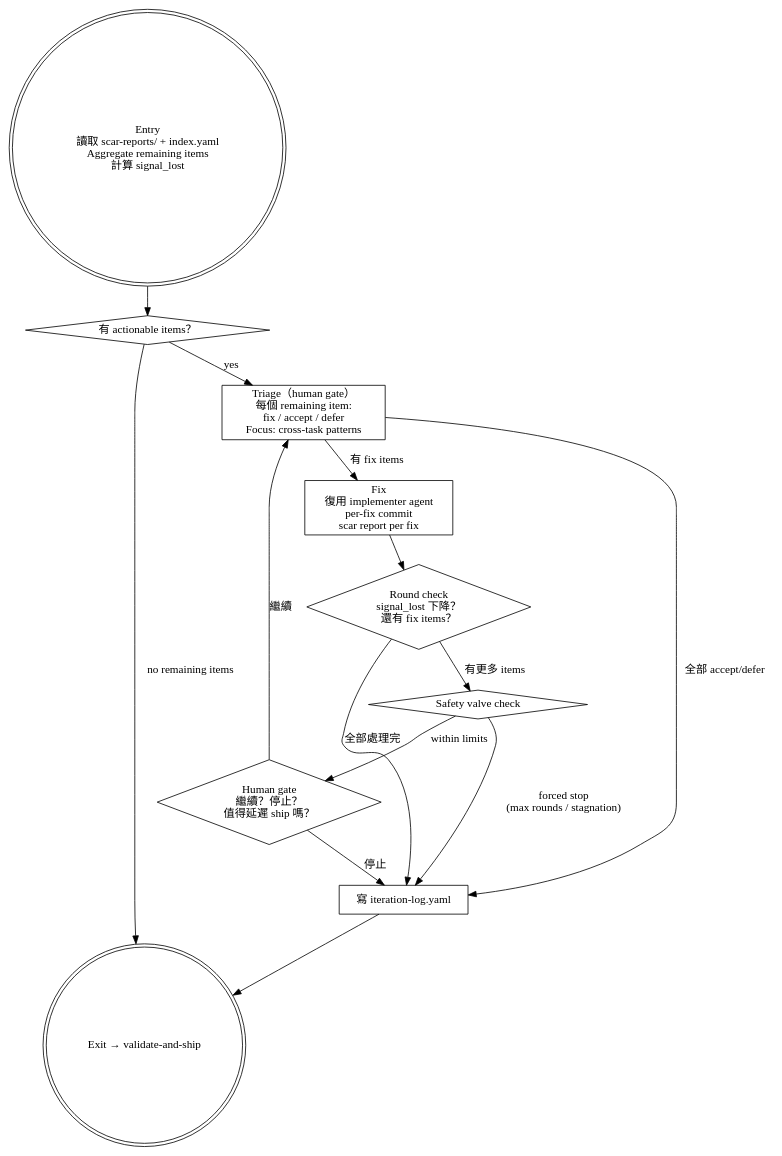
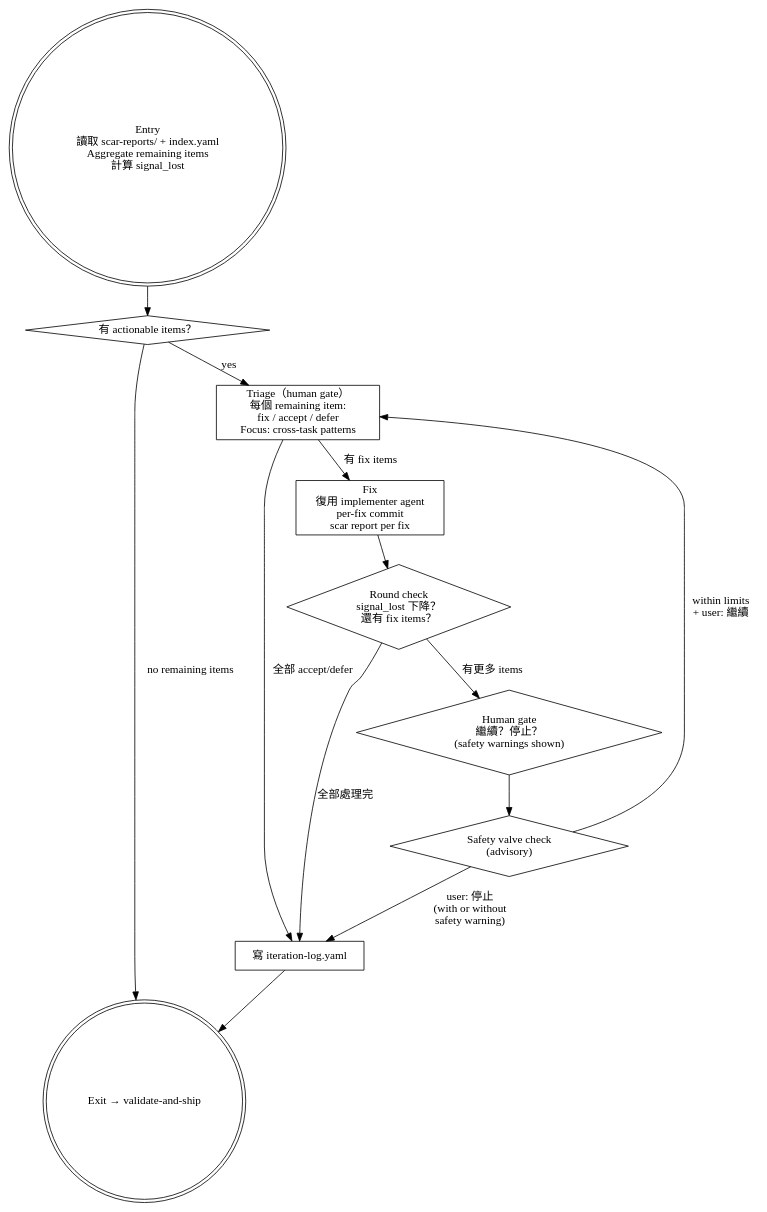
The diagram in samsara/skills/iteration/SKILL.md (roymondliao/kaleidoscope-tools), drawn with Graphviz before and after one commit. The commit also changed other lines of this file, not shown here.

Commit message:
fix(samsara): ensure all iteration exits go through human gate
Code review Critical #3 + Important #4:
- Blocked fix fallback now presents options to user instead of
  auto-reclassifying to defer (preserves human judgment)
- Safety valve is now advisory — warnings surface at human gate,
  but forced-stop no longer bypasses human decision. Graph updated
  to route all exit paths through the gate.

````diff
--- a/samsara/skills/iteration/SKILL.md
+++ b/samsara/skills/iteration/SKILL.md
@@ -20,29 +20,28 @@
 ```dot
 digraph iteration {
     node [shape=box];
 
     entry [label="Entry\n讀取 scar-reports/ + index.yaml\nAggregate remaining items\n計算 signal_lost" shape=doublecircle];
     empty [label="有 actionable items？" shape=diamond];
     triage [label="Triage（human gate）\n每個 remaining item:\nfix / accept / defer\nFocus: cross-task patterns"];
     fix [label="Fix\n復用 implementer agent\nper-fix commit\nscar report per fix"];
     round_check [label="Round check\nsignal_lost 下降？\n還有 fix items？" shape=diamond];
-    gate [label="Human gate\n繼續？停止？\n值得延遲 ship 嗎？" shape=diamond];
-    safety [label="Safety valve check" shape=diamond];
+    safety [label="Safety valve check\n(advisory)" shape=diamond];
+    gate [label="Human gate\n繼續？停止？\n(safety warnings shown)" shape=diamond];
     log [label="寫 iteration-log.yaml"];
     exit [label="Exit → validate-and-ship" shape=doublecircle];
 
     entry -> empty;
     empty -> triage [label="yes"];
     empty -> exit [label="no remaining items"];
     triage -> fix [label="有 fix items"];
     triage -> log [label="全部 accept/defer"];
     fix -> round_check;
-    round_check -> safety [label="有更多 items"];
+    round_check -> gate [label="有更多 items"];
     round_check -> log [label="全部處理完"];
-    safety -> gate [label="within limits"];
-    safety -> log [label="forced stop\n(max rounds / stagnation)"];
-    gate -> triage [label="繼續"];
-    gate -> log [label="停止"];
+    gate -> safety;
+    safety -> triage [label="within limits\n+ user: 繼續"];
+    safety -> log [label="user: 停止\n(with or without\nsafety warning)"];
     log -> exit;
 }
 ```
````
